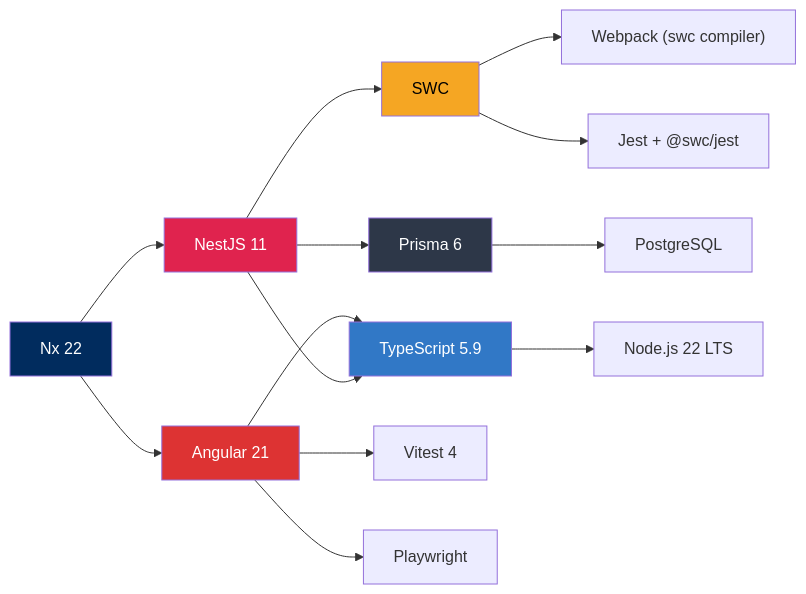
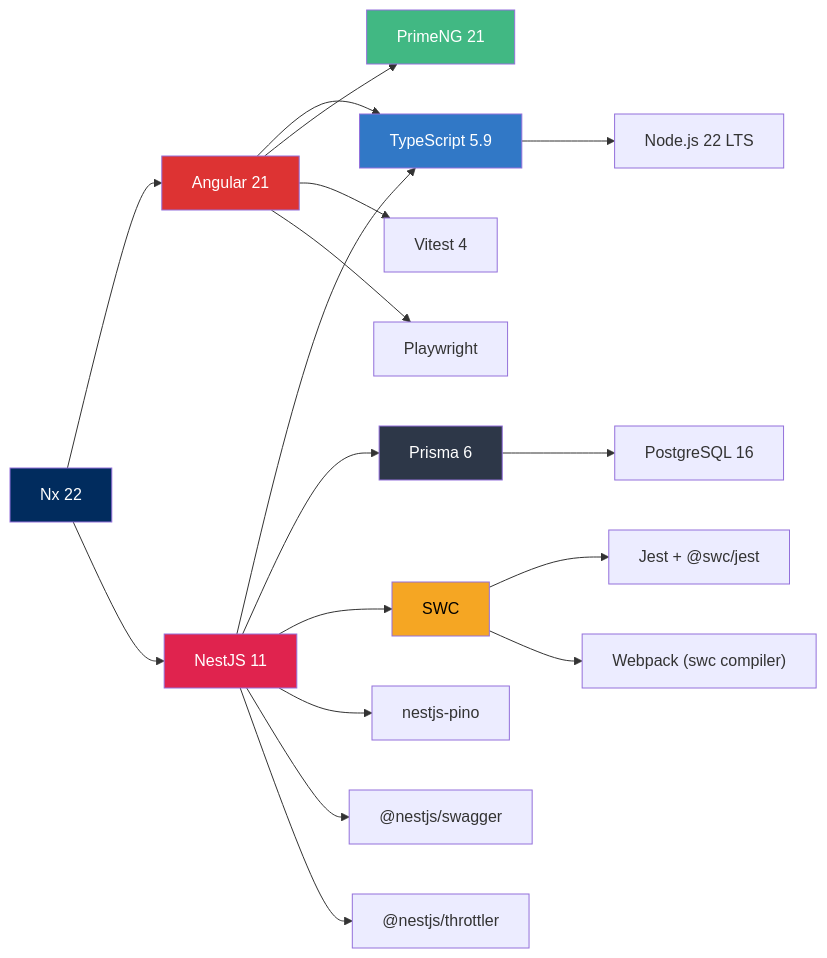
The diagram in src/content/docs/architecture/tech-stack.md (garchomp-game/nx-angular-nestjs-doc), drawn with Mermaid before and after one commit. The commit also changed other lines of this file and 29 other files, not shown here.

````diff
--- a/src/content/docs/architecture/tech-stack.md
+++ b/src/content/docs/architecture/tech-stack.md
@@ -74,22 +78,27 @@
 ```mermaid
 graph LR
     NX["Nx 22"] --> ANG["Angular 21"]
     NX --> NEST["NestJS 11"]
     ANG --> TS["TypeScript 5.9"]
     NEST --> TS
     TS --> NODE["Node.js 22 LTS"]
+    ANG --> PRIME["PrimeNG 21"]
     NEST --> PRISMA["Prisma 6"]
     NEST --> SWC["SWC"]
+    NEST --> PINO["nestjs-pino"]
+    NEST --> SWAGGER["@nestjs/swagger"]
+    NEST --> THROTTLE["@nestjs/throttler"]
     SWC --> JEST["Jest + @swc/jest"]
     SWC --> WP["Webpack (swc compiler)"]
-    PRISMA --> PG["PostgreSQL"]
+    PRISMA --> PG["PostgreSQL 16"]
     ANG --> VITEST["Vitest 4"]
     ANG --> PW["Playwright"]
 
     style NX fill:#012c5e,color:#fff
     style ANG fill:#dd3333,color:#fff
     style NEST fill:#e0234e,color:#fff
+    style PRIME fill:#41b883,color:#fff
     style PRISMA fill:#2d3748,color:#fff
     style TS fill:#3178c6,color:#fff
     style SWC fill:#f5a623,color:#000
 ```
````
